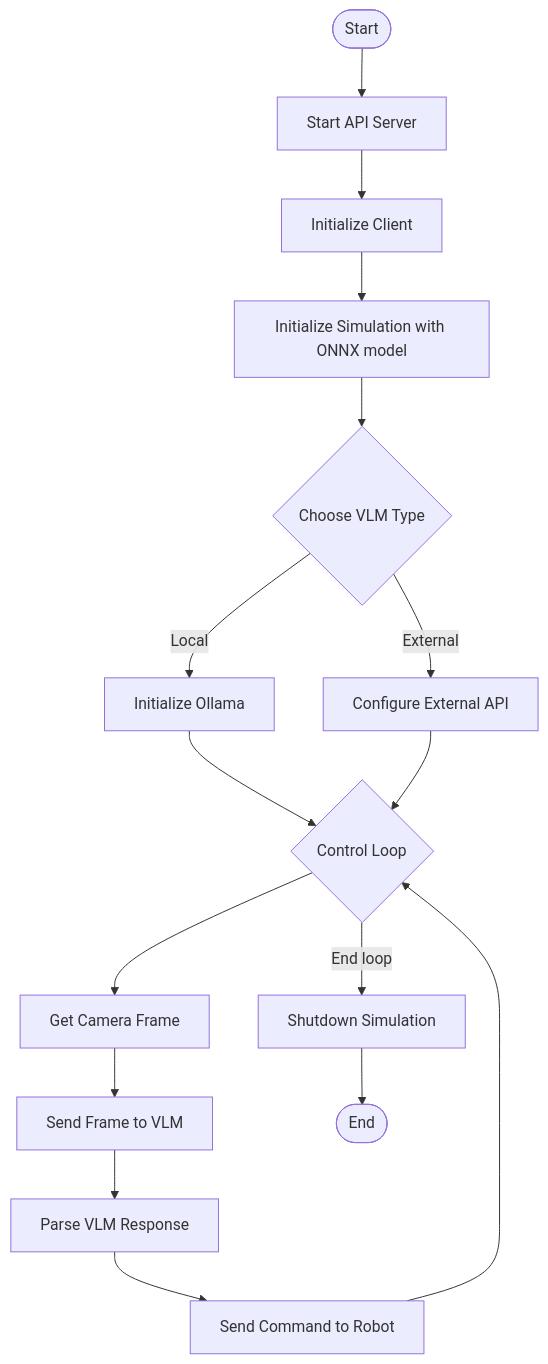
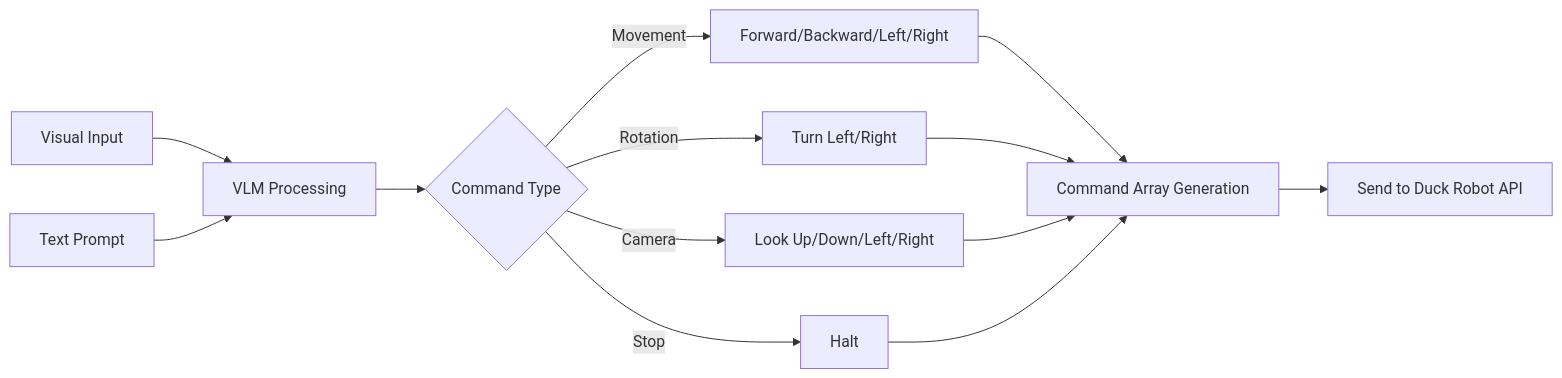
The third of 3 diagrams in README.md (Aronnaxx/d00t), drawn with Mermaid before and after one commit. The commit also changed other lines of this file and 3 other files, not shown here.

````diff
--- a/README.md
+++ b/README.md
@@ -367,22 +84,17 @@
 ```mermaid
-flowchart TD
-    Start([Start]) --> InitServer[Start API Server]
-    InitServer --> InitClient[Initialize Client]
-    InitClient --> InitSim[Initialize Simulation with ONNX model]
+flowchart LR
+    A[Visual Input] --> B[VLM Processing]
+    C[Text Prompt] --> B
+    B --> D{Command Type}
+    D -->|Movement| E[Forward/Backward/Left/Right]
+    D -->|Rotation| F[Turn Left/Right]
+    D -->|Camera| G[Look Up/Down/Left/Right]
+    D -->|Stop| H[Halt]
     
-    InitSim --> VLMChoice{Choose VLM Type}
-    VLMChoice -->|Local| InitOllama[Initialize Ollama]
-    VLMChoice -->|External| ConfigAPI[Configure External API]
+    E --> I[Command Array Generation]
+    F --> I
+    G --> I
+    H --> I
     
-    InitOllama --> Loop
-    ConfigAPI --> Loop
-    
-    Loop{Control Loop} --> GetFrame[Get Camera Frame]
-    GetFrame --> ProcessFrame[Send Frame to VLM]
-    ProcessFrame --> ParseResponse[Parse VLM Response]
-    ParseResponse --> SendCommand[Send Command to Robot]
-    SendCommand --> Loop
-    
-    Loop -- End loop --> Shutdown[Shutdown Simulation]
-    Shutdown --> End([End])
+    I --> J[Send to Duck Robot API]
 ```
````
